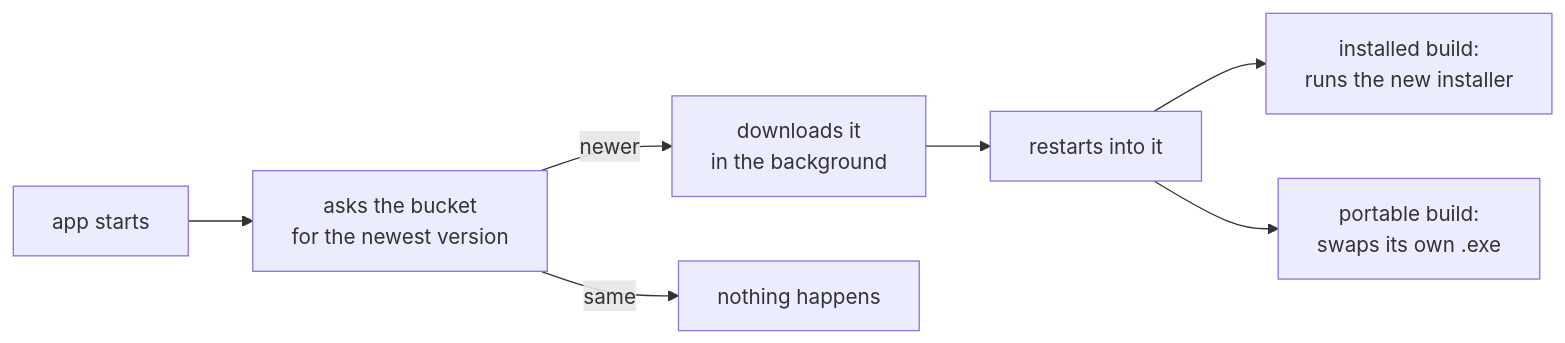
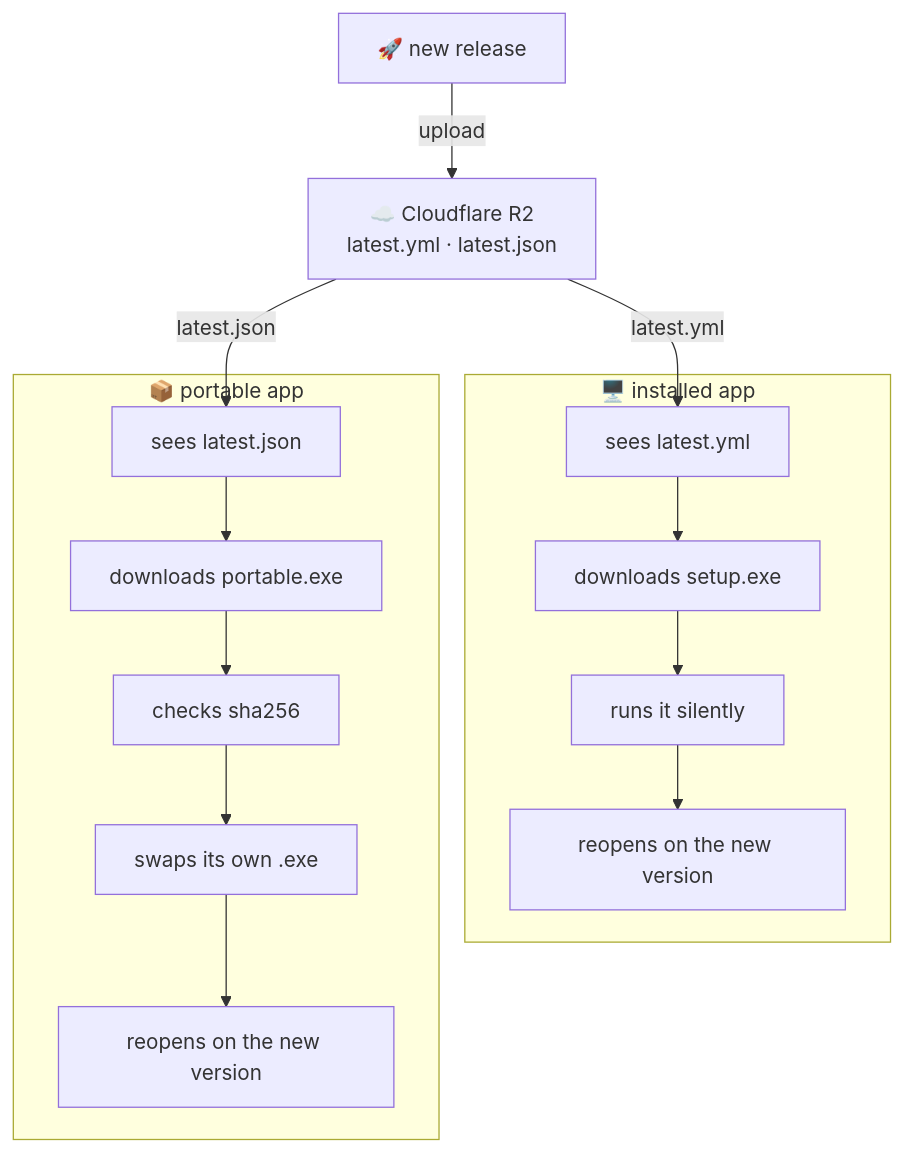
The diagram in README.md (yassine808/RiotSwitcher), drawn with Mermaid before and after one commit. The commit also changed other lines of this file, not shown here.

Commit message:
docs: cut the update section to the screenshot and one diagram

````diff
--- a/README.md
+++ b/README.md
@@ -143,9 +142,15 @@
 ```mermaid
-flowchart LR
-  A["app starts"] --> B["asks the bucket<br/>for the newest version"]
-  B -->|newer| C["downloads it<br/>in the background"]
-  B -->|same| D["nothing happens"]
-  C --> E["restarts into it"]
-  E --> F["installed build:<br/>runs the new installer"]
-  E --> G["portable build:<br/>swaps its own .exe"]
+flowchart TD
+  CI["🚀 new release"] -->|upload| CF["☁️ Cloudflare R2<br/>latest.yml · latest.json"]
+
+  subgraph INSTALLED["🖥️ installed app"]
+    I1["sees latest.yml"] --> I2["downloads setup.exe"] --> I3["runs it silently"] --> I4["reopens on the new version"]
+  end
+
+  subgraph PORTABLE["📦 portable app"]
+    P1["sees latest.json"] --> P2["downloads portable.exe"] --> P3["checks sha256"] --> P4["swaps its own .exe"] --> P5["reopens on the new version"]
+  end
+
+  CF -->|latest.yml| I1
+  CF -->|latest.json| P1
 ```
````
